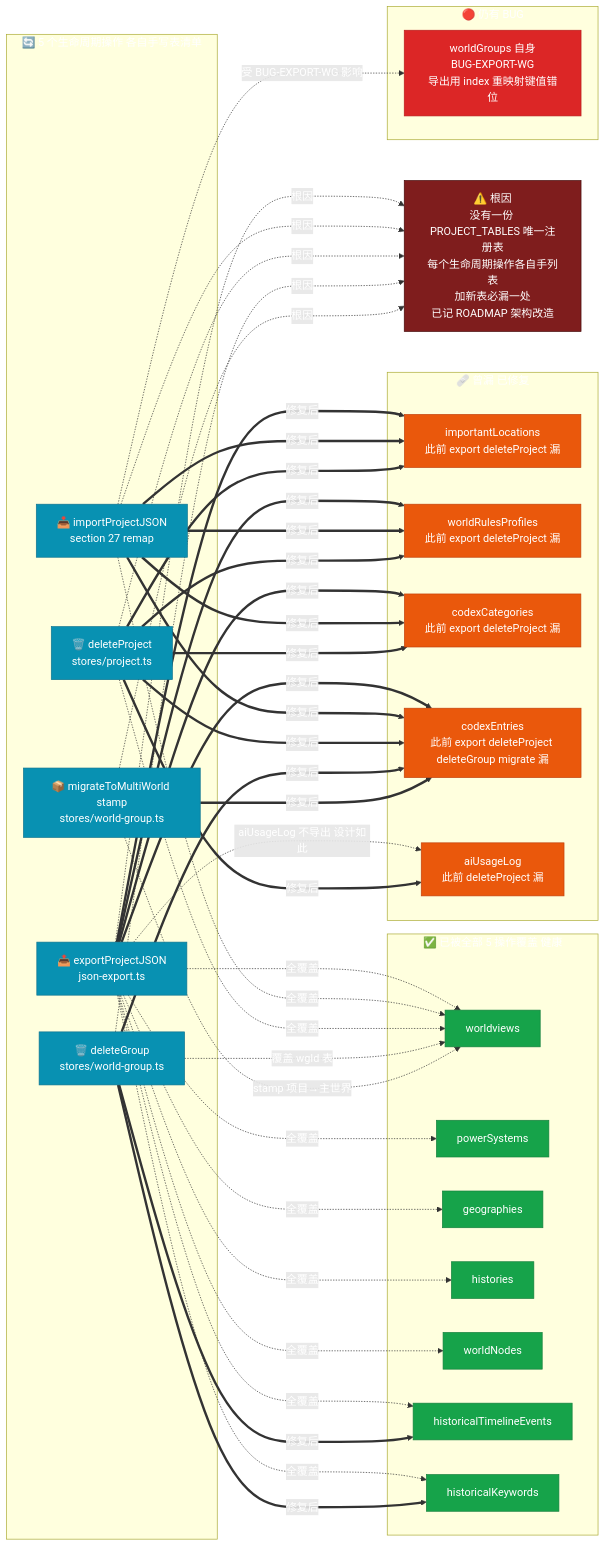
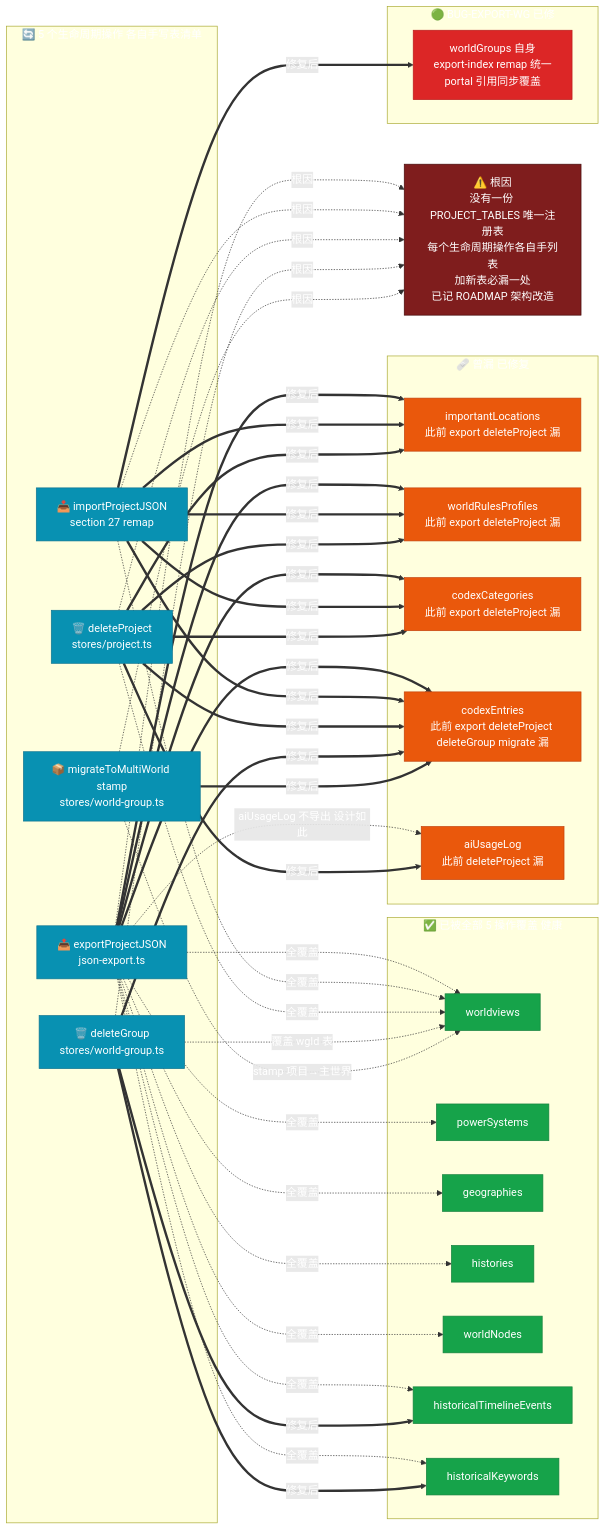
The eighth of 15 diagrams in docs/DATA-FLOW-DIAGRAM.md (yuanbw2025/my-website), drawn with Mermaid before and after one commit. The commit also changed other lines of this file and 104 other files, not shown here.

```diff
--- a/docs/DATA-FLOW-DIAGRAM.md
+++ b/docs/DATA-FLOW-DIAGRAM.md
@@ -790,8 +791,8 @@
         FX_AIL["aiUsageLog<br/>此前 deleteProject 漏"]
     end
 
-    subgraph TBL_BUG["🔴 仍有 BUG"]
-        BUG_WG["worldGroups 自身<br/>BUG-EXPORT-WG<br/>导出用 index 重映射键值错位"]
+    subgraph TBL_BUG["🟢 BUG-EXPORT-WG 已修"]
+        BUG_WG["worldGroups 自身<br/>export-index remap 统一<br/>portal 引用同步覆盖"]
     end
 
     EXP -.全覆盖.-> OK_WV
@@ -812,7 +813,7 @@
     IMP ==修复后==> FX_WR
     IMP ==修复后==> FX_CC
     IMP ==修复后==> FX_CE
-    IMP -.受 BUG-EXPORT-WG 影响.-> BUG_WG
+    IMP ==修复后==> BUG_WG
 
     DELP -.全覆盖.-> OK_WV
     DELP ==修复后==> FX_LOC
```
